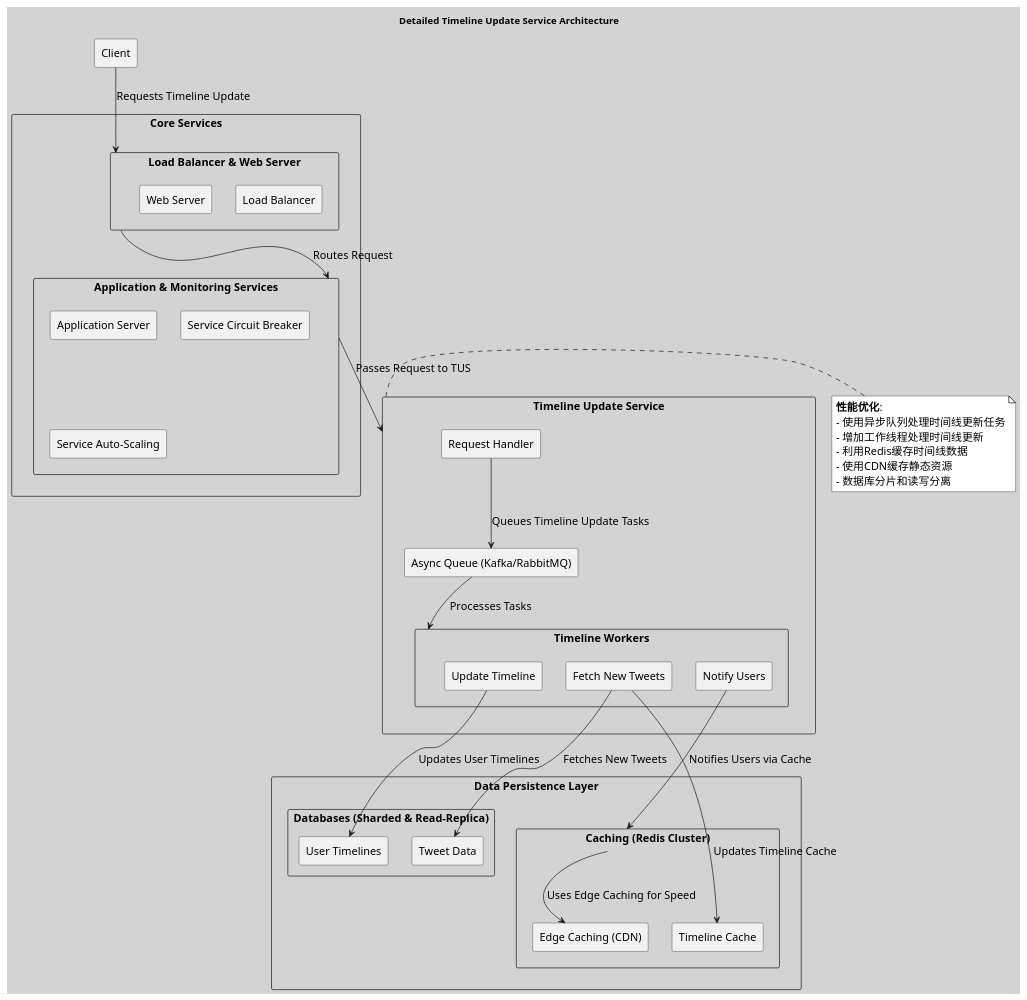
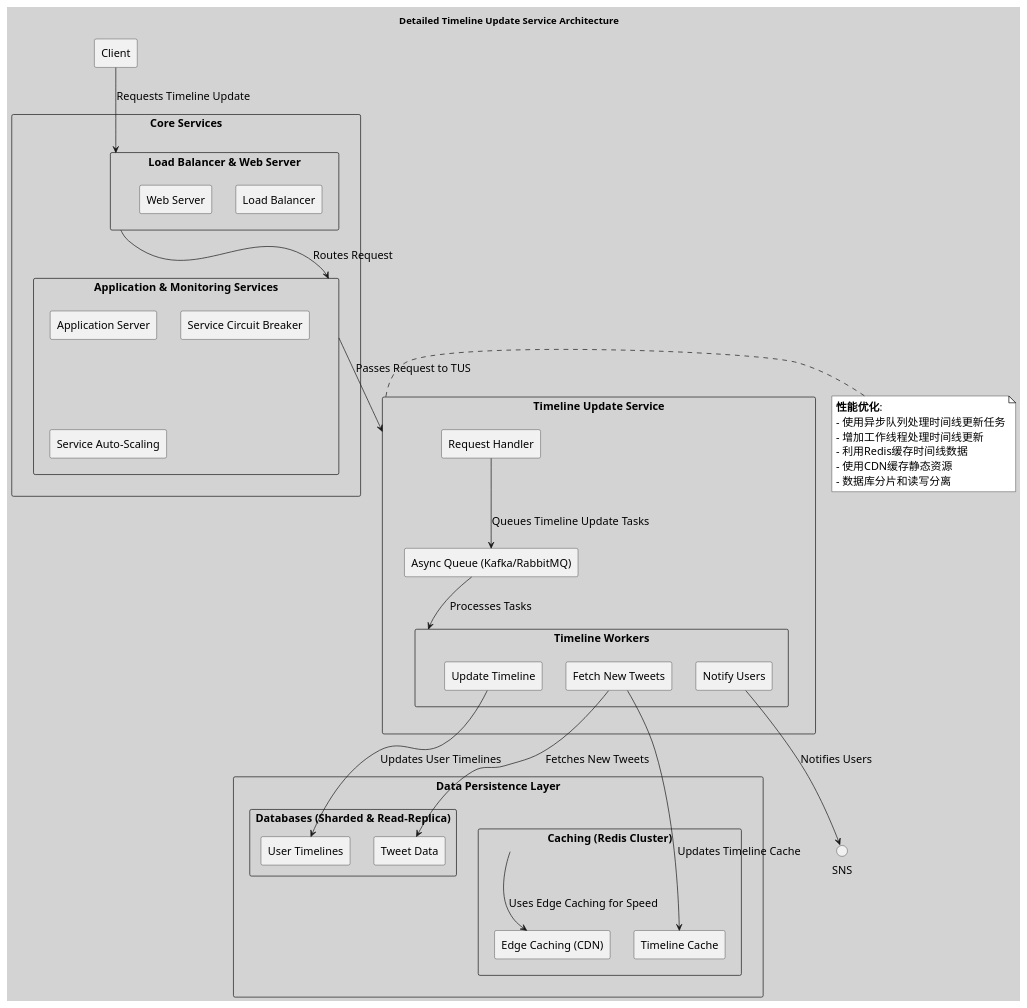
Before and after one commit to huangyingw/system_design: the diagram in timeline_update_service_detailed_architecture.puml, drawn with PlantUML.

```diff
--- a/timeline_update_service_detailed_architecture.puml
+++ b/timeline_update_service_detailed_architecture.puml
@@ -1,70 +1,70 @@
 @startuml
 
 skinparam backgroundColor #D3D3D3
 skinparam defaultFontName "Arial"
 skinparam defaultFontSize 16
 skinparam note {
-    BackgroundColor #FFFFFF
-        BorderColor #000000
-        FontSize 16
-        FontName "Arial"
+  BackgroundColor #FFFFFF
+  BorderColor #000000
+  FontSize 16
+  FontName "Arial"
 }
 
 title Detailed Timeline Update Service Architecture
 
 rectangle "Client" as Client
 
 rectangle "Core Services" as Core {
     rectangle "Load Balancer & Web Server" as LBWS {
         rectangle "Load Balancer" as LB
-            rectangle "Web Server" as WS
+        rectangle "Web Server" as WS
     }
     rectangle "Application & Monitoring Services" as AMS {
         rectangle "Application Server" as AS
-            rectangle "Service Circuit Breaker" as SCB
-            rectangle "Service Auto-Scaling" as SAS
+        rectangle "Service Circuit Breaker" as SCB
+        rectangle "Service Auto-Scaling" as SAS
     }
 }
 
 rectangle "Timeline Update Service" as TUS {
     rectangle "Request Handler" as RH
-        rectangle "Async Queue (Kafka/RabbitMQ)" as AQ
-        rectangle "Timeline Workers" as TW {
-            rectangle "Fetch New Tweets" as FNT
-                rectangle "Update Timeline" as UT
-                rectangle "Notify Users" as NU
-        }
+    rectangle "Async Queue (Kafka/RabbitMQ)" as AQ
+    rectangle "Timeline Workers" as TW {
+        rectangle "Fetch New Tweets" as FNT
+        rectangle "Update Timeline" as UT
+        rectangle "Notify Users" as NU
+    }
 }
 
 rectangle "Data Persistence Layer" as DPS {
     rectangle "Caching (Redis Cluster)" as Cache {
         rectangle "Timeline Cache" as TC
-            rectangle "Edge Caching (CDN)" as EC
+        rectangle "Edge Caching (CDN)" as EC
     }
     rectangle "Databases (Sharded & Read-Replica)" as DB {
         rectangle "User Timelines" as UTDB
-            rectangle "Tweet Data" as TD
+        rectangle "Tweet Data" as TD
     }
 }
 
 Client -down-> LBWS : Requests Timeline Update
 LBWS -down-> AMS : Routes Request
 AMS -down-> TUS : Passes Request to TUS
 RH -down-> AQ : Queues Timeline Update Tasks
 AQ -down-> TW : Processes Tasks
 FNT -down-> TD : Fetches New Tweets
 FNT -down-> TC : Updates Timeline Cache
 UT -down-> UTDB : Updates User Timelines
-NU -down-> Cache : Notifies Users via Cache
+NU -down-> SNS : Notifies Users
 Cache -down-> EC : Uses Edge Caching for Speed
 
 note right of TUS
-**性能优化**:
-- 使用异步队列处理时间线更新任务
-- 增加工作线程处理时间线更新
-- 利用Redis缓存时间线数据
-- 使用CDN缓存静态资源
-- 数据库分片和读写分离
+  **性能优化**:
+  - 使用异步队列处理时间线更新任务
+  - 增加工作线程处理时间线更新
+  - 利用Redis缓存时间线数据
+  - 使用CDN缓存静态资源
+  - 数据库分片和读写分离
 end note
 
 @enduml
```
